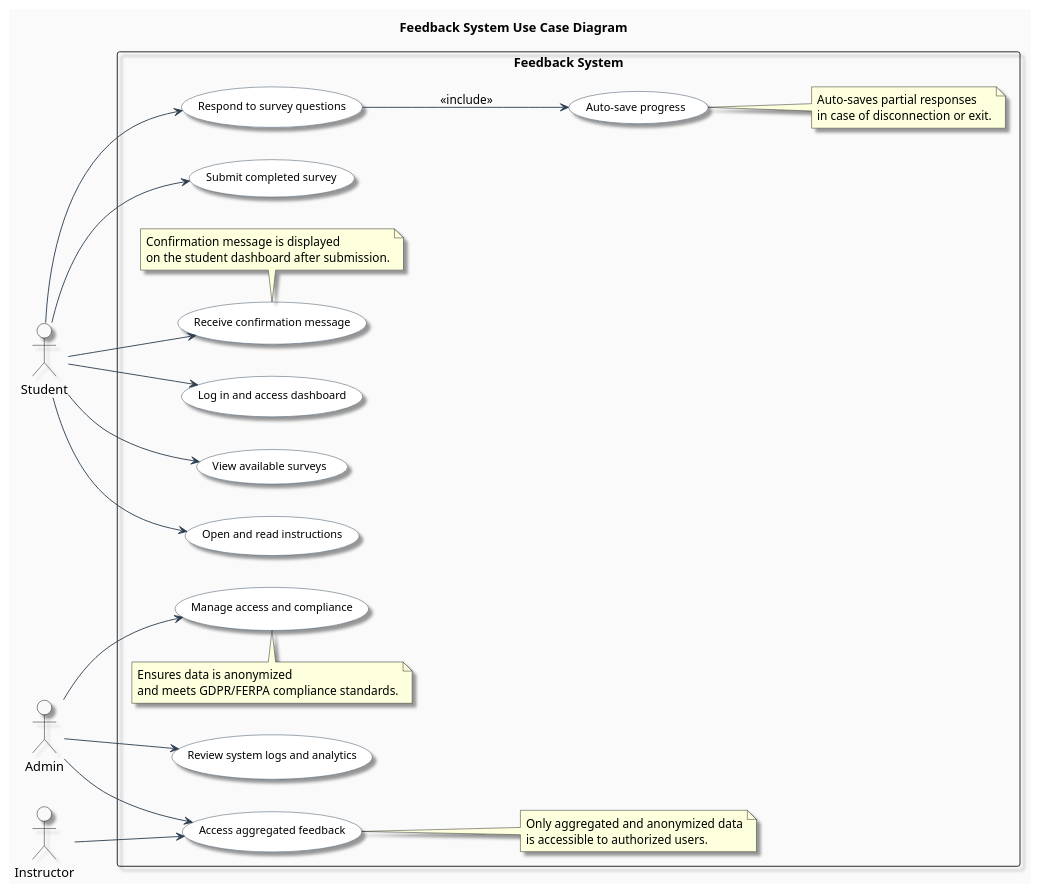
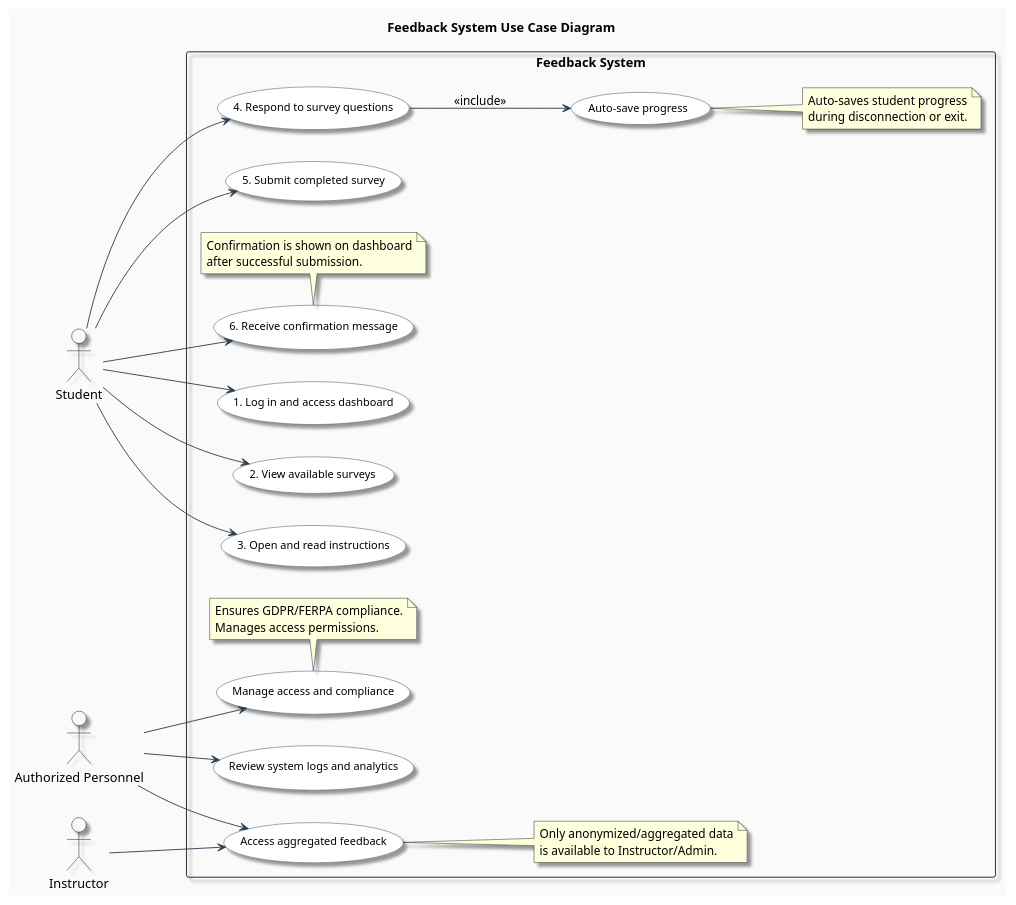
The diagram in doc/usecases/plantUML/tempUC-ProvideFeedback.puml (bahati7/MKB-cohort-2-Demo), drawn with PlantUML before and after one commit.

Commit message:
Improved logical flow of feedback use case diagram #22
Take note of the updates:
- Reorganized the 'provide_feedback_usecase' PlantUML diagram to follow a logical top-down flow.
- Numbered student use cases to reflect the sequential interaction (from login to confirmation).
- Grouped and separated the Student, Instructor, and Admin roles for better clarity.
- Repositioned and refined notes for contextual meaning.
- Ensured the diagram fully matches the detailed feedback use case scenario, including actors, pre/postconditions, alternative paths, and privacy requirements.

```diff
--- a/doc/usecases/plantUML/tempUC-ProvideFeedback.puml
+++ b/doc/usecases/plantUML/tempUC-ProvideFeedback.puml
@@ -1,86 +1,88 @@
 @startuml provide_feedback_usecase
 
 ' Diagram Settings
 left to right direction
 skinparam backgroundColor #FAFAFA
 skinparam shadowing true
 
 skinparam actor {
     BackgroundColor #f9f9f9
     BorderColor Black
     FontColor Black
     Shadowing true
 }
 
 skinparam usecase {
     BackgroundColor White
     BorderColor #2C3E50
     ArrowColor #2C3E50
     FontColor Black
     FontSize 12
     Shadowing true
     RoundCorner 20
 }
 
+title Feedback System Use Case Diagram
+
 ' Actors
 actor Student
 actor Instructor
-actor Admin
+actor "Authorized Personnel" as Admin
 
 ' System Boundary
 rectangle "Feedback System" {
-    ' Use Cases
-    usecase UC_LoginDashboard as "Log in and access dashboard"
-    usecase UC_ViewSurveys as "View available surveys"
-    usecase UC_ReadInstructions as "Open and read instructions"
-    usecase UC_Respond as "Respond to survey questions"
+    
+    ' Student Use Cases
+    usecase UC_LoginDashboard as "1. Log in and access dashboard"
+    usecase UC_ViewSurveys as "2. View available surveys"
+    usecase UC_ReadInstructions as "3. Open and read instructions"
+    usecase UC_Respond as "4. Respond to survey questions"
     usecase UC_AutoSave as "Auto-save progress"
-    usecase UC_Submit as "Submit completed survey"
-    usecase UC_Confirm as "Receive confirmation message"
+    usecase UC_Submit as "5. Submit completed survey"
+    usecase UC_Confirm as "6. Receive confirmation message"
+    
+    ' Instructor/Admin Use Cases
     usecase UC_Review as "Access aggregated feedback"
     usecase UC_Logs as "Review system logs and analytics"
     usecase UC_Privacy as "Manage access and compliance"
-
-    'Student Flow
+    
+    ' Student Flow (ordered)
     Student --> UC_LoginDashboard
     Student --> UC_ViewSurveys
     Student --> UC_ReadInstructions
     Student --> UC_Respond
     UC_Respond --> UC_AutoSave : <<include>>
     Student --> UC_Submit
     Student --> UC_Confirm
 
     ' Instructor Flow
     Instructor --> UC_Review
 
     ' Admin Flow
     Admin --> UC_Review
     Admin --> UC_Logs
     Admin --> UC_Privacy
 
-    ' Notes for clarifications
+    ' Clarifying Notes
     note right of UC_AutoSave
-        Auto-saves partial responses
-        in case of disconnection or exit.
+        Auto-saves student progress
+        during disconnection or exit.
     end note
 
     note bottom of UC_Confirm
-        Confirmation message is displayed
-        on the student dashboard after submission.
-    end note
-
-    note top of UC_Privacy
-        Ensures data is anonymized
-        and meets GDPR/FERPA compliance standards.
+        Confirmation is shown on dashboard
+        after successful submission.
     end note
 
     note right of UC_Review
-        Only aggregated and anonymized data
-        is accessible to authorized users.
+        Only anonymized/aggregated data
+        is available to Instructor/Admin.
+    end note
+
+    note bottom of UC_Privacy
+        Ensures GDPR/FERPA compliance.
+        Manages access permissions.
     end note
 }
 
-' Diagram Title
-title Feedback System Use Case Diagram
-
 @enduml
```
